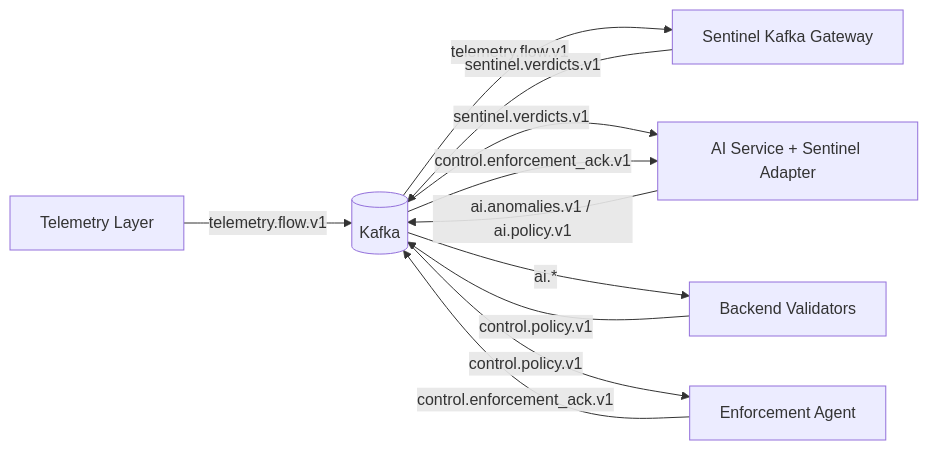
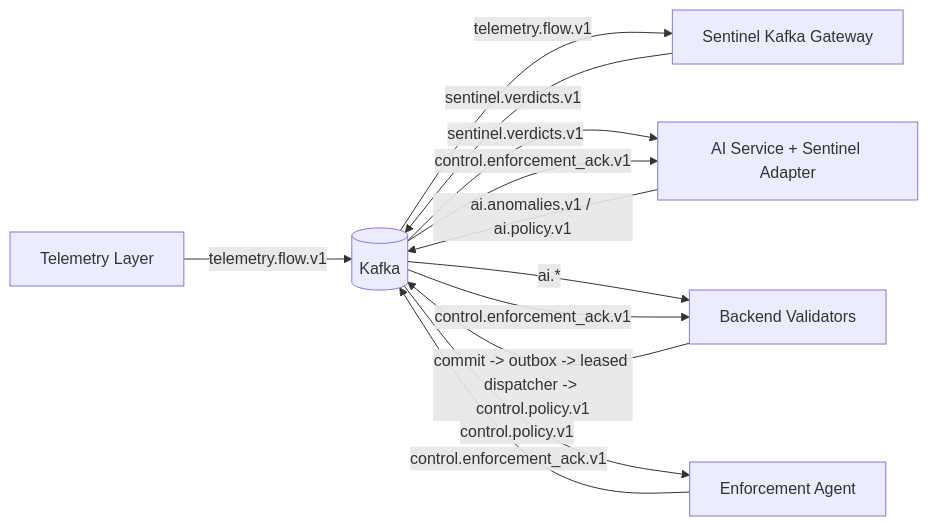
One commit to EveShark/CyberMesh changed the first of 3 diagrams in docs/architecture/13_sentinel_integration.md. Above: the diagram before and after it, drawn with Mermaid. The commit also changed other lines of this file and 13 other files, not shown here.

Commit message:
Update architecture and design documentation

````diff
--- a/docs/architecture/13_sentinel_integration.md
+++ b/docs/architecture/13_sentinel_integration.md
@@ -44,20 +44,21 @@
 ```mermaid
 graph LR
     TL[Telemetry Layer]
     Kafka[(Kafka)]
     S[Sentinel Kafka Gateway]
     AI[AI Service + Sentinel Adapter]
     BE[Backend Validators]
     EA[Enforcement Agent]
 
     TL -->|telemetry.flow.v1| Kafka
     Kafka -->|telemetry.flow.v1| S
     S -->|sentinel.verdicts.v1| Kafka
     Kafka -->|sentinel.verdicts.v1| AI
     AI -->|ai.anomalies.v1 / ai.policy.v1| Kafka
     Kafka -->|ai.*| BE
-    BE -->|control.policy.v1| Kafka
+    BE -->|commit -> outbox -> leased dispatcher -> control.policy.v1| Kafka
     Kafka -->|control.policy.v1| EA
     EA -->|control.enforcement_ack.v1| Kafka
+    Kafka -->|control.enforcement_ack.v1| BE
     Kafka -->|control.enforcement_ack.v1| AI
 ```
````
